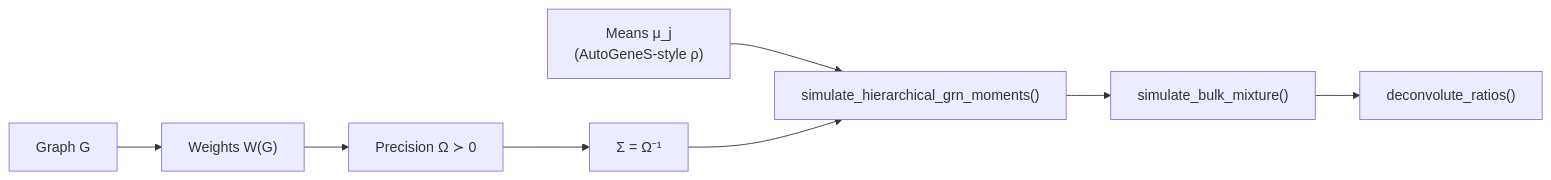
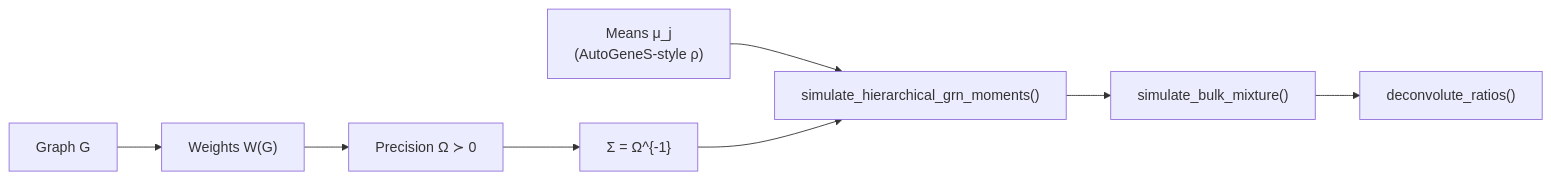
Before and after one commit to bastienchassagnol/DeCovarT: the diagram in articles/synthetic-scenarios.md, drawn with Mermaid. The commit also changed other lines of this file and 63 other files, not shown here.

````diff
--- a/articles/synthetic-scenarios.md
+++ b/articles/synthetic-scenarios.md
@@ -26,10 +26,11 @@
 ``` mermaid
+%%{init: {"theme": "sandstone"}}%%
 flowchart LR
   A["Graph G"] --> B["Weights W(G)"]
   B --> C["Precision Ω ≻ 0"]
-  C --> D["Σ = Ω⁻¹"]
+  C --> D["Σ = Ω^{-1}"]
   E["Means μ_j\n(AutoGeneS-style ρ)"] --> F["simulate_hierarchical_grn_moments()"]
   D --> F
   F --> G["simulate_bulk_mixture()"]
   G --> H["deconvolute_ratios()"]
 ```
````
